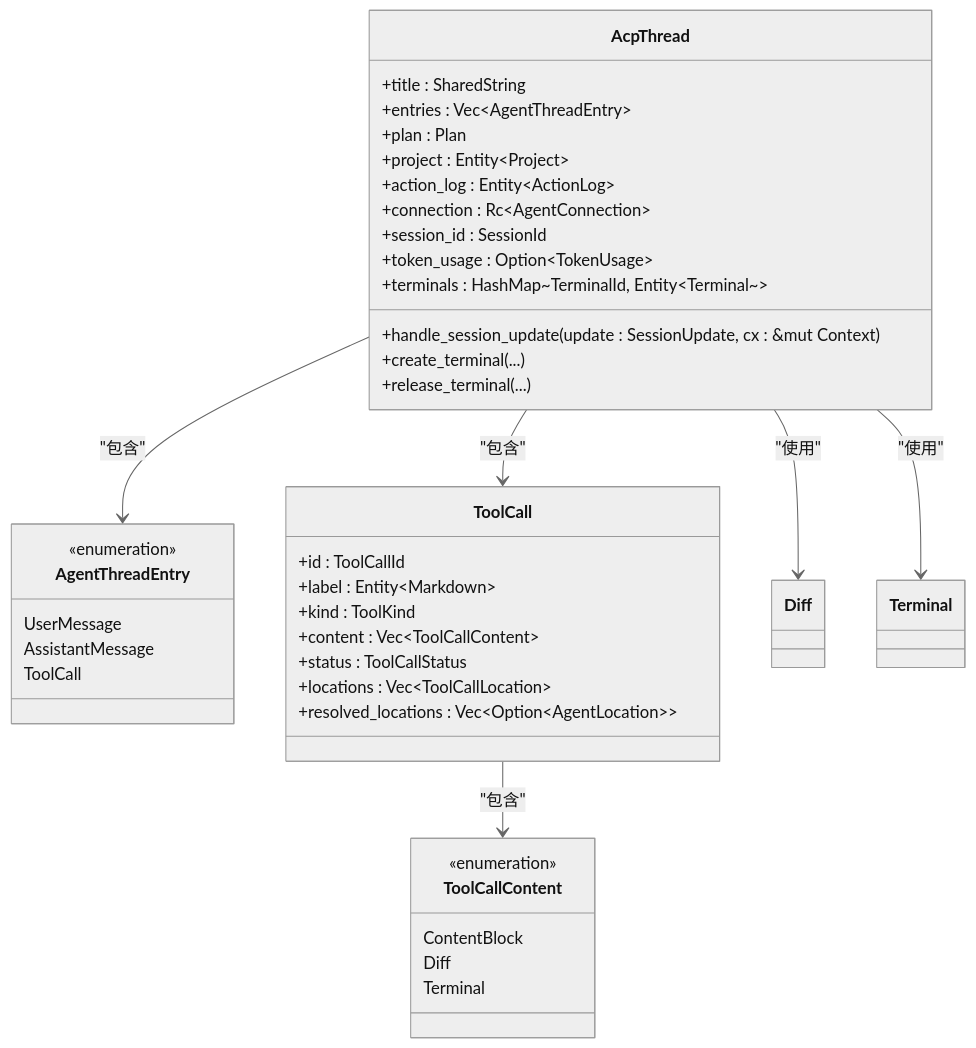
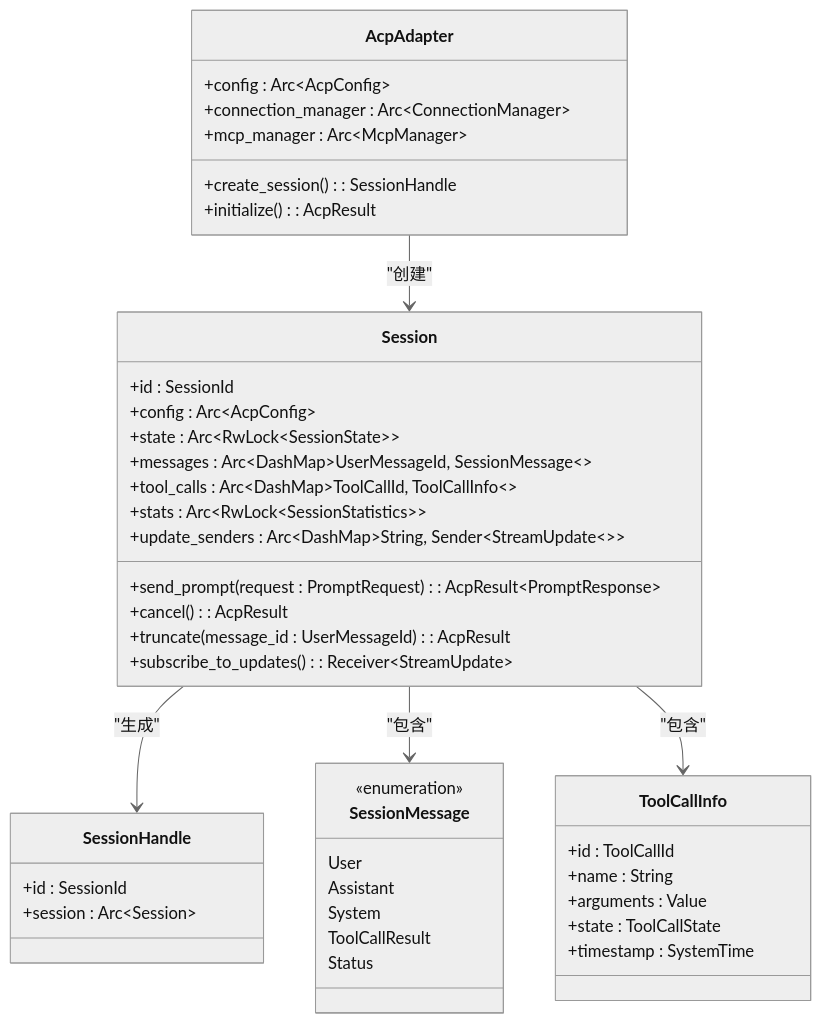
The third of 6 diagrams in .qoder/repowiki/zh/content/ACP协议实现/ACP协议实现.md (nuwax-ai/rcoder), drawn with Mermaid (neutral theme) before and after one commit. The commit also changed other lines of this file and 85 other files, not shown here.

First line of the commit message:
refactor(acp_adapter): 重构会话管理及连接模块以替代旧实现

````diff
--- a/.qoder/repowiki/zh/content/ACP协议实现/ACP协议实现.md
+++ b/.qoder/repowiki/zh/content/ACP协议实现/ACP协议实现.md
@@ -87,43 +108,46 @@
 ```mermaid
 classDiagram
-class AcpThread {
-+title : SharedString
-+entries : Vec~AgentThreadEntry~
-+plan : Plan
-+project : Entity~Project~
-+action_log : Entity~ActionLog~
-+connection : Rc~AgentConnection~
-+session_id : SessionId
-+token_usage : Option~TokenUsage~
-+terminals : HashMap~TerminalId, Entity~Terminal~~
-+handle_session_update(update : SessionUpdate, cx : &mut Context)
-+create_terminal(...)
-+release_terminal(...)
+class AcpAdapter {
++config : Arc~AcpConfig~
++connection_manager : Arc~ConnectionManager~
++mcp_manager : Arc~McpManager~
++create_session() : SessionHandle
++initialize() : AcpResult
 }
-class AgentThreadEntry {
+class Session {
++id : SessionId
++config : Arc~AcpConfig~
++state : Arc~RwLock~SessionState~~
++messages : Arc~DashMap~UserMessageId, SessionMessage~~
++tool_calls : Arc~DashMap~ToolCallId, ToolCallInfo~~
++stats : Arc~RwLock~SessionStatistics~~
++update_senders : Arc~DashMap~String, Sender~StreamUpdate~~~
++send_prompt(request : PromptRequest) : AcpResult~PromptResponse~
++cancel() : AcpResult
++truncate(message_id : UserMessageId) : AcpResult
++subscribe_to_updates() : Receiver~StreamUpdate~
+}
+class SessionHandle {
++id : SessionId
++session : Arc~Session~
+}
+class SessionMessage {
 <<enumeration>>
-UserMessage
-AssistantMessage
-ToolCall
+User
+Assistant
+System
+ToolCallResult
+Status
 }
-class ToolCall {
+class ToolCallInfo {
 +id : ToolCallId
-+label : Entity~Markdown~
-+kind : ToolKind
-+content : Vec~ToolCallContent~
-+status : ToolCallStatus
-+locations : Vec~ToolCallLocation~
-+resolved_locations : Vec~Option~AgentLocation~~
++name : String
++arguments : Value
++state : ToolCallState
++timestamp : SystemTime
 }
-class ToolCallContent {
-<<enumeration>>
-ContentBlock
-Diff
-Terminal
-}
-AcpThread --> AgentThreadEntry : "包含"
-AcpThread --> ToolCall : "包含"
-AcpThread --> Diff : "使用"
-AcpThread --> Terminal : "使用"
-ToolCall --> ToolCallContent : "包含"
+AcpAdapter --> Session : "创建"
+Session --> SessionHandle : "生成"
+Session --> SessionMessage : "包含"
+Session --> ToolCallInfo : "包含"
 ```
````
